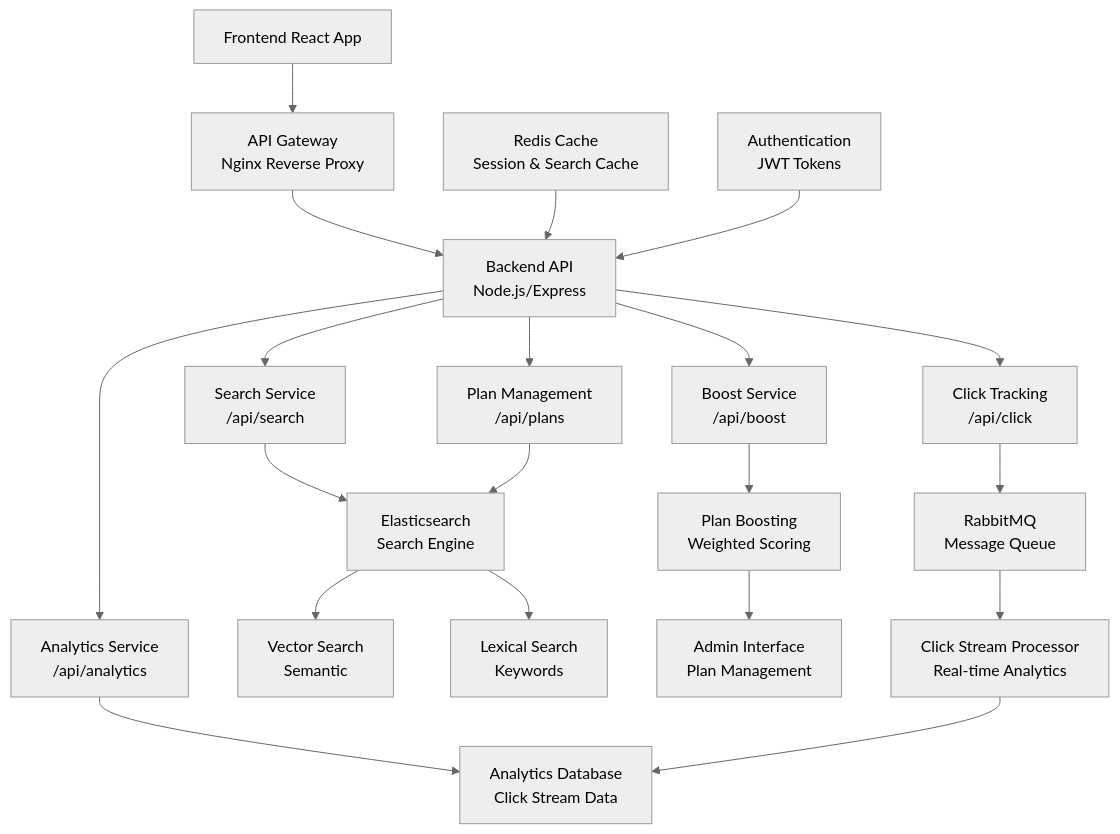
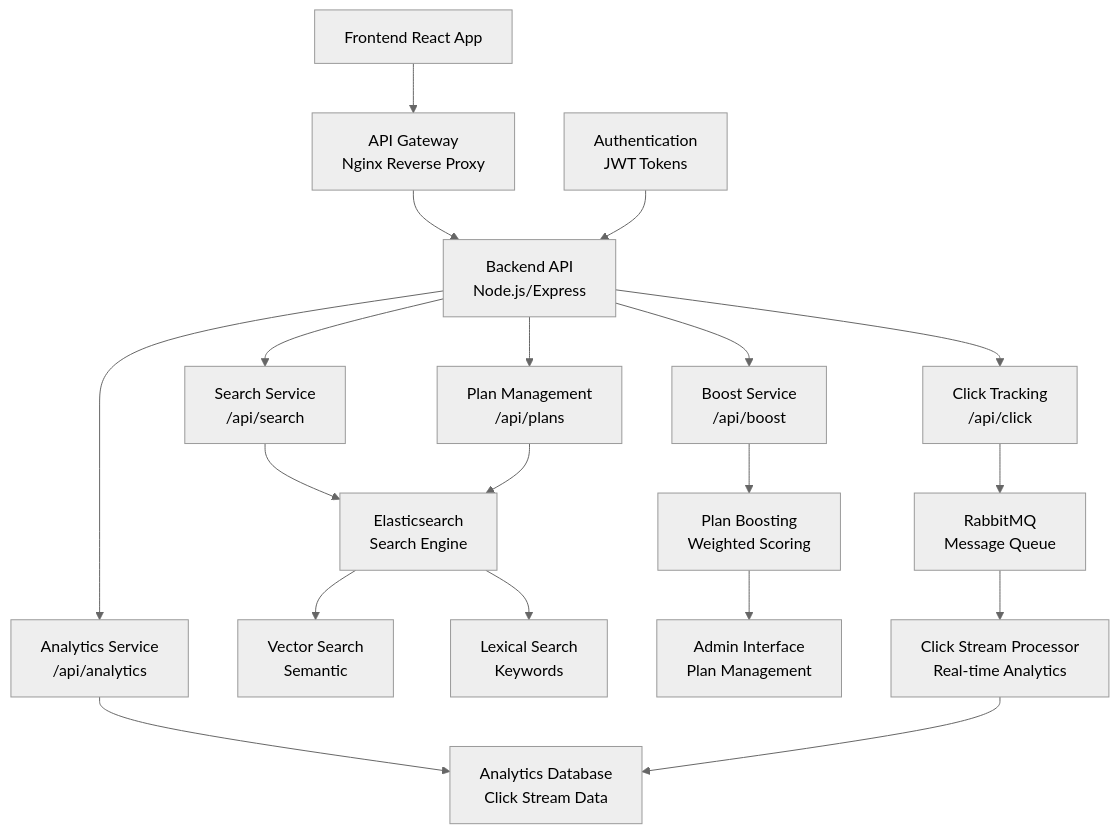
One commit to bommas/ambetter-project changed the fifth of 6 diagrams in PROJECT_REQUIREMENTS.md. Above: the diagram before and after it, drawn with Mermaid (neutral theme). The commit also changed 1 other file, not shown here.

Commit message:
Fix architecture diagrams - remove remaining Redis references
- Remove Redis from Part 3 backend architecture diagram
- Update README architecture to show Next.js app structure
- Remove Redis cache references from connection flows
- Ensure all diagrams reflect Elasticsearch-only data layer
- Fix inconsistent architecture diagrams between files

````diff
--- a/PROJECT_REQUIREMENTS.md
+++ b/PROJECT_REQUIREMENTS.md
@@ -192,27 +192,26 @@
 ```mermaid
 graph TB
     A[Frontend React App] --> B[API Gateway<br/>Nginx Reverse Proxy]
     B --> C[Backend API<br/>Node.js/Express]
     
     C --> D[Search Service<br/>/api/search]
     C --> E[Plan Management<br/>/api/plans]
     C --> F[Boost Service<br/>/api/boost]
     C --> G[Analytics Service<br/>/api/analytics]
     C --> H[Click Tracking<br/>/api/click]
     
     D --> I[Elasticsearch<br/>Search Engine]
     E --> I
     F --> J[Plan Boosting<br/>Weighted Scoring]
     G --> K[Analytics Database<br/>Click Stream Data]
     H --> L[RabbitMQ<br/>Message Queue]
     
     I --> M[Vector Search<br/>Semantic]
     I --> N[Lexical Search<br/>Keywords]
     
     J --> O[Admin Interface<br/>Plan Management]
     L --> P[Click Stream Processor<br/>Real-time Analytics]
     P --> K
     
-    Q[Redis Cache<br/>Session & Search Cache] --> C
-    R[Authentication<br/>JWT Tokens] --> C
+    Q[Authentication<br/>JWT Tokens] --> C
 ```
````
